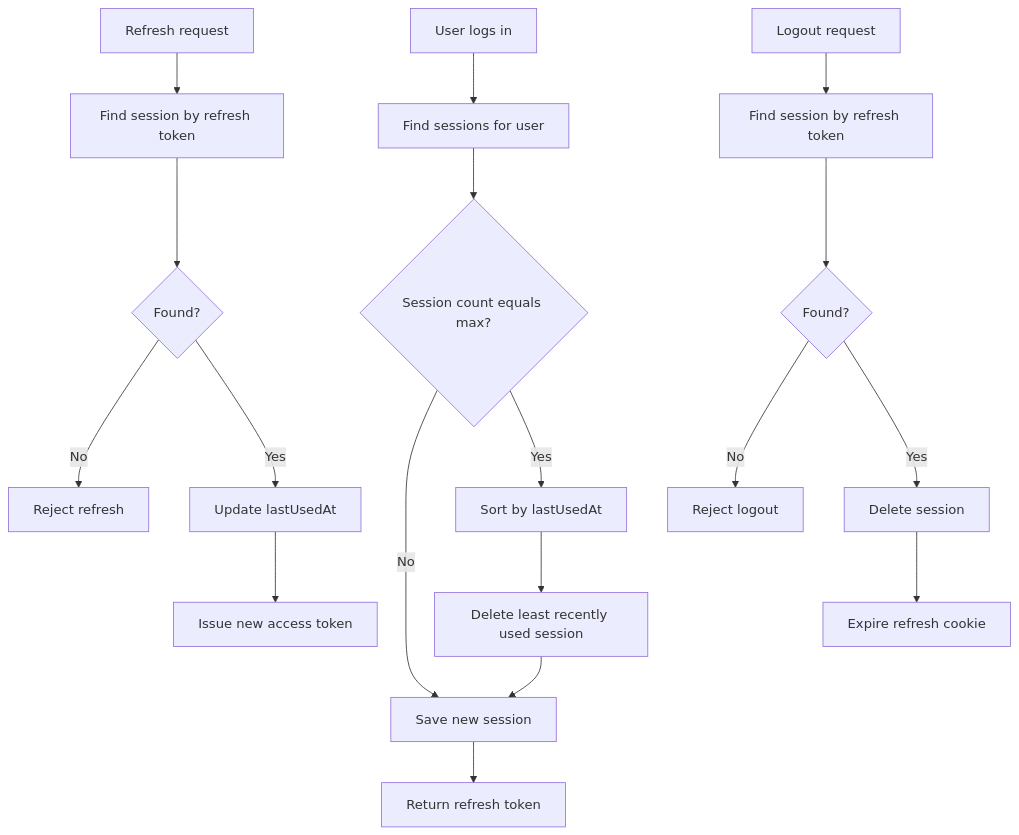
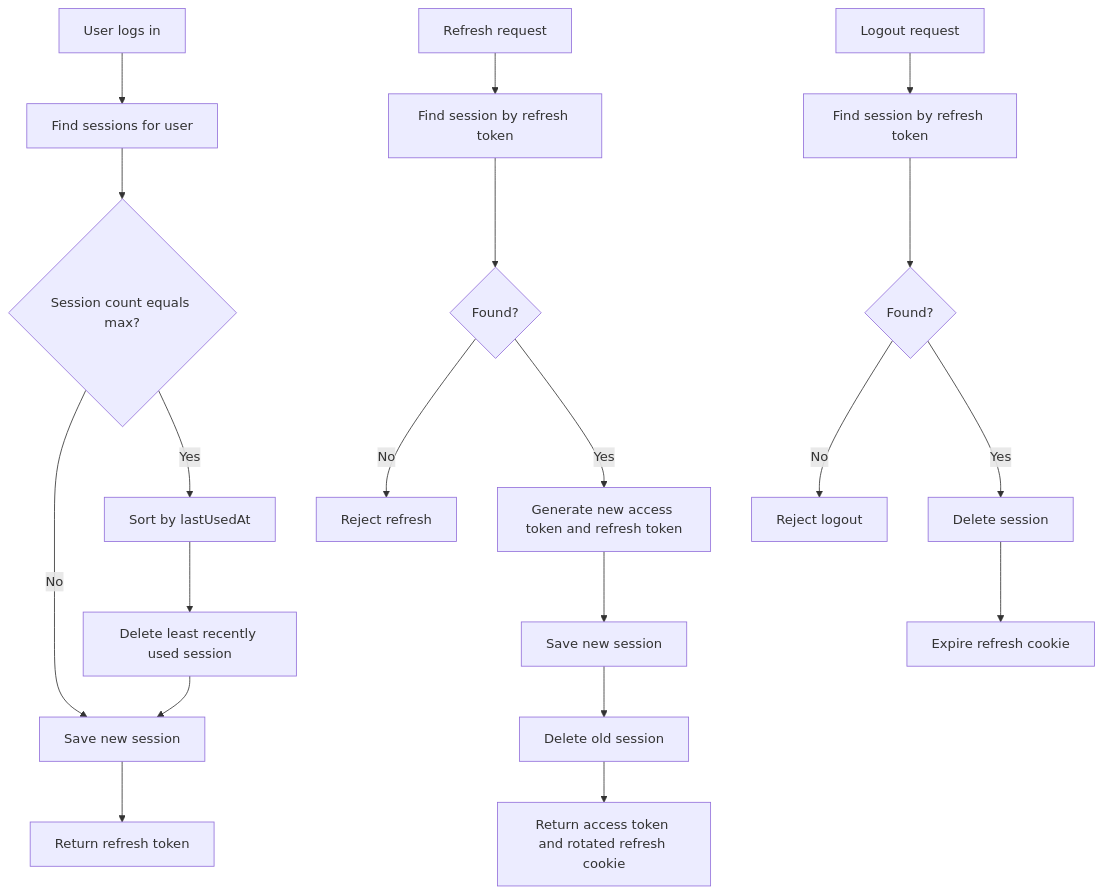
One commit to shubhgaur37/SpringBoot changed the fourth of 10 diagrams in M5_Spring_Security_Demo/README.md. Above: the diagram before and after it, drawn with Mermaid. The commit also changed other lines of this file and 4 other files, not shown here.

Commit message:
Security Measure: Refresh Token Rotation

````diff
--- a/M5_Spring_Security_Demo/README.md
+++ b/M5_Spring_Security_Demo/README.md
@@ -310,22 +318,24 @@
 ```mermaid
 flowchart TD
     A["User logs in"] --> B["Find sessions for user"]
     B --> C{"Session count equals max?"}
     C -->|No| F["Save new session"]
     C -->|Yes| D["Sort by lastUsedAt"]
     D --> E["Delete least recently used session"]
     E --> F
     F --> G["Return refresh token"]
 
     H["Refresh request"] --> I["Find session by refresh token"]
     I --> J{"Found?"}
     J -->|No| K["Reject refresh"]
-    J -->|Yes| L["Update lastUsedAt"]
-    L --> M["Issue new access token"]
+    J -->|Yes| L["Generate new access token and refresh token"]
+    L --> M["Save new session"]
+    M --> T["Delete old session"]
+    T --> U["Return access token and rotated refresh cookie"]
 
     N["Logout request"] --> O["Find session by refresh token"]
     O --> P{"Found?"}
     P -->|No| Q["Reject logout"]
     P -->|Yes| R["Delete session"]
     R --> S["Expire refresh cookie"]
 ```
````
